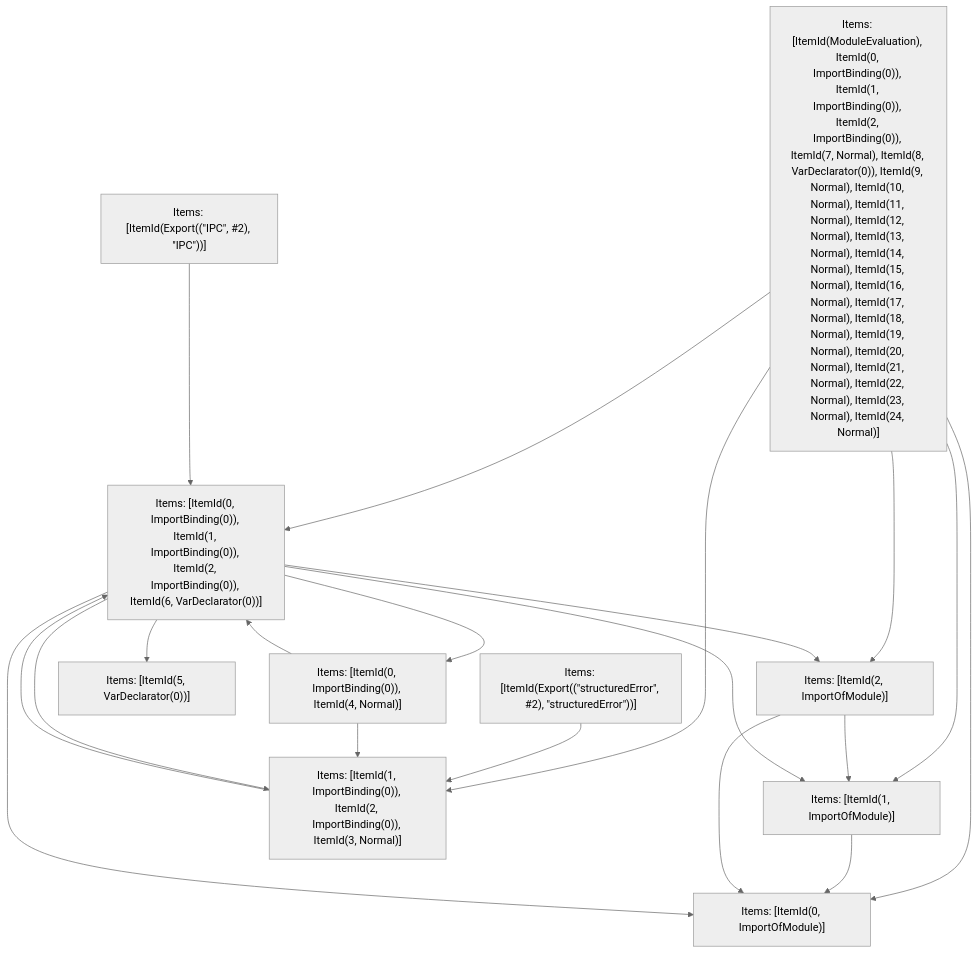
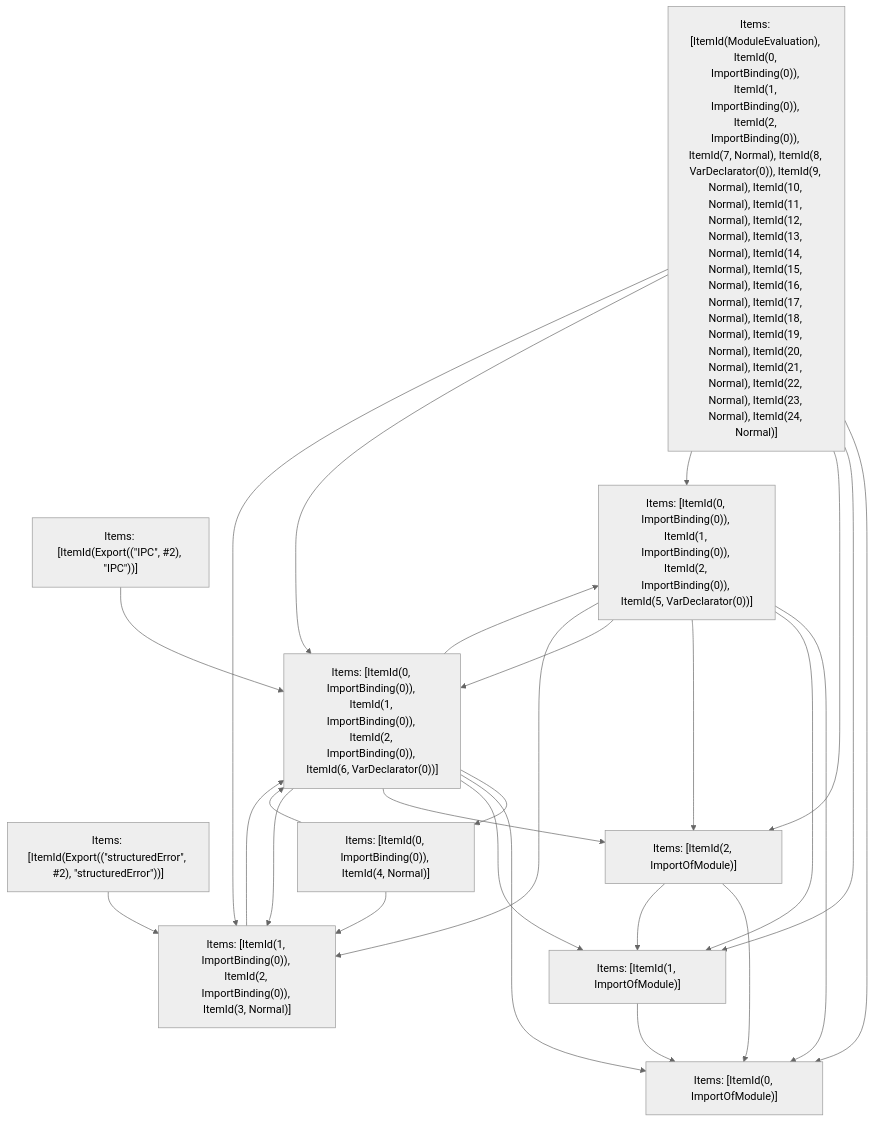
One commit to vercel/turborepo changed the fifth of 5 diagrams in crates/turbopack-ecmascript/tests/tree-shaker/analyzer/ipc-index/output.md. Above: the diagram before and after it, drawn with Mermaid (neutral theme). The commit also changed other lines of this file and 8 other files, not shown here.

````diff
--- a/crates/turbopack-ecmascript/tests/tree-shaker/analyzer/ipc-index/output.md
+++ b/crates/turbopack-ecmascript/tests/tree-shaker/analyzer/ipc-index/output.md
@@ -1527,32 +1600,38 @@
 ```mermaid
 graph TD
     N0["Items: [ItemId(ModuleEvaluation), ItemId(0, ImportBinding(0)), ItemId(1, ImportBinding(0)), ItemId(2, ImportBinding(0)), ItemId(7, Normal), ItemId(8, VarDeclarator(0)), ItemId(9, Normal), ItemId(10, Normal), ItemId(11, Normal), ItemId(12, Normal), ItemId(13, Normal), ItemId(14, Normal), ItemId(15, Normal), ItemId(16, Normal), ItemId(17, Normal), ItemId(18, Normal), ItemId(19, Normal), ItemId(20, Normal), ItemId(21, Normal), ItemId(22, Normal), ItemId(23, Normal), ItemId(24, Normal)]"];
     N1["Items: [ItemId(Export((&quot;structuredError&quot;, #2), &quot;structuredError&quot;))]"];
     N2["Items: [ItemId(Export((&quot;IPC&quot;, #2), &quot;IPC&quot;))]"];
     N3["Items: [ItemId(0, ImportOfModule)]"];
     N4["Items: [ItemId(1, ImportOfModule)]"];
     N5["Items: [ItemId(2, ImportOfModule)]"];
     N6["Items: [ItemId(1, ImportBinding(0)), ItemId(2, ImportBinding(0)), ItemId(3, Normal)]"];
     N7["Items: [ItemId(0, ImportBinding(0)), ItemId(4, Normal)]"];
-    N8["Items: [ItemId(5, VarDeclarator(0))]"];
+    N8["Items: [ItemId(0, ImportBinding(0)), ItemId(1, ImportBinding(0)), ItemId(2, ImportBinding(0)), ItemId(5, VarDeclarator(0))]"];
     N9["Items: [ItemId(0, ImportBinding(0)), ItemId(1, ImportBinding(0)), ItemId(2, ImportBinding(0)), ItemId(6, VarDeclarator(0))]"];
     N0 --> N3;
     N0 --> N4;
     N0 --> N5;
+    N0 --> N8;
     N0 --> N9;
     N0 --> N6;
     N1 --> N6;
     N2 --> N9;
     N4 --> N3;
     N5 --> N3;
     N5 --> N4;
     N6 --> N9;
     N7 --> N9;
     N7 --> N6;
+    N8 --> N3;
+    N8 --> N4;
+    N8 --> N5;
+    N8 --> N9;
+    N8 --> N6;
     N9 --> N7;
     N9 --> N8;
     N9 --> N3;
     N9 --> N4;
     N9 --> N5;
     N9 --> N6;
 ```
````
